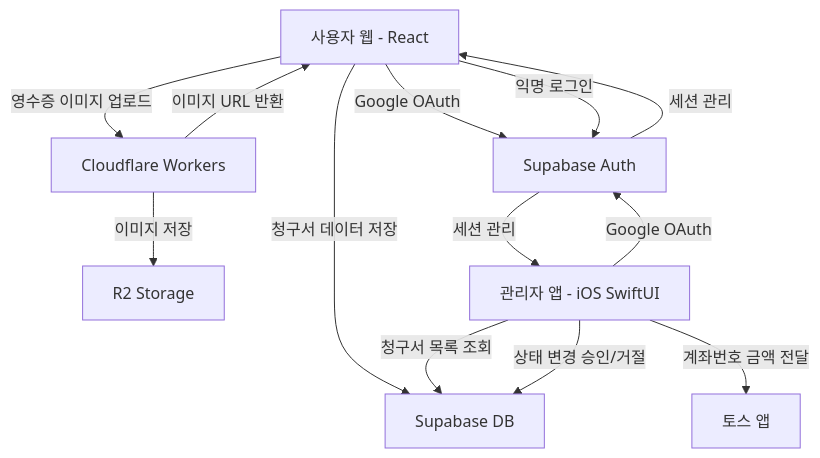
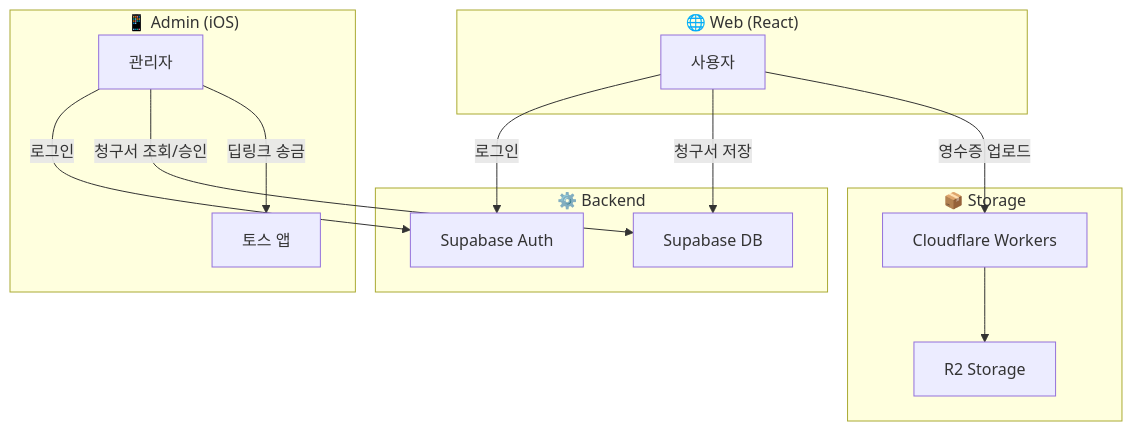
The diagram in README.md (Ciracino88/nanuri-community), drawn with Mermaid before and after one commit.

Commit message:
readme 아키텍처 디자인

````diff
--- a/README.md
+++ b/README.md
@@ -53,17 +53,29 @@
 ```mermaid
 graph TD
-    A[사용자 웹 - React] -->|Google OAuth| B[Supabase Auth]
-    A -->|익명 로그인| B
-    A -->|청구서 데이터 저장| C[Supabase DB]
-    A -->|영수증 이미지 업로드| D[Cloudflare Workers]
-    D -->|이미지 저장| E[R2 Storage]
-    D -->|이미지 URL 반환| A
+    subgraph Web["🌐 Web (React)"]
+        A[사용자]
+    end
 
-    F[관리자 앱 - iOS SwiftUI] -->|Google OAuth| B
-    F -->|청구서 목록 조회| C
-    F -->|상태 변경 승인/거절| C
-    F -->|계좌번호 금액 전달| G[토스 앱]
+    subgraph Backend["⚙️ Backend"]
+        B[Supabase Auth]
+        C[Supabase DB]
+    end
 
-    B -->|세션 관리| A
-    B -->|세션 관리| F
+    subgraph Storage["📦 Storage"]
+        D[Cloudflare Workers]
+        E[R2 Storage]
+    end
+
+    subgraph Admin["📱 Admin (iOS)"]
+        F[관리자]
+        G[토스 앱]
+    end
+
+    A -->|로그인| B
+    A -->|청구서 저장| C
+    A -->|영수증 업로드| D
+    D --> E
+    F -->|로그인| B
+    F -->|청구서 조회/승인| C
+    F -->|딥링크 송금| G
 ```
````
